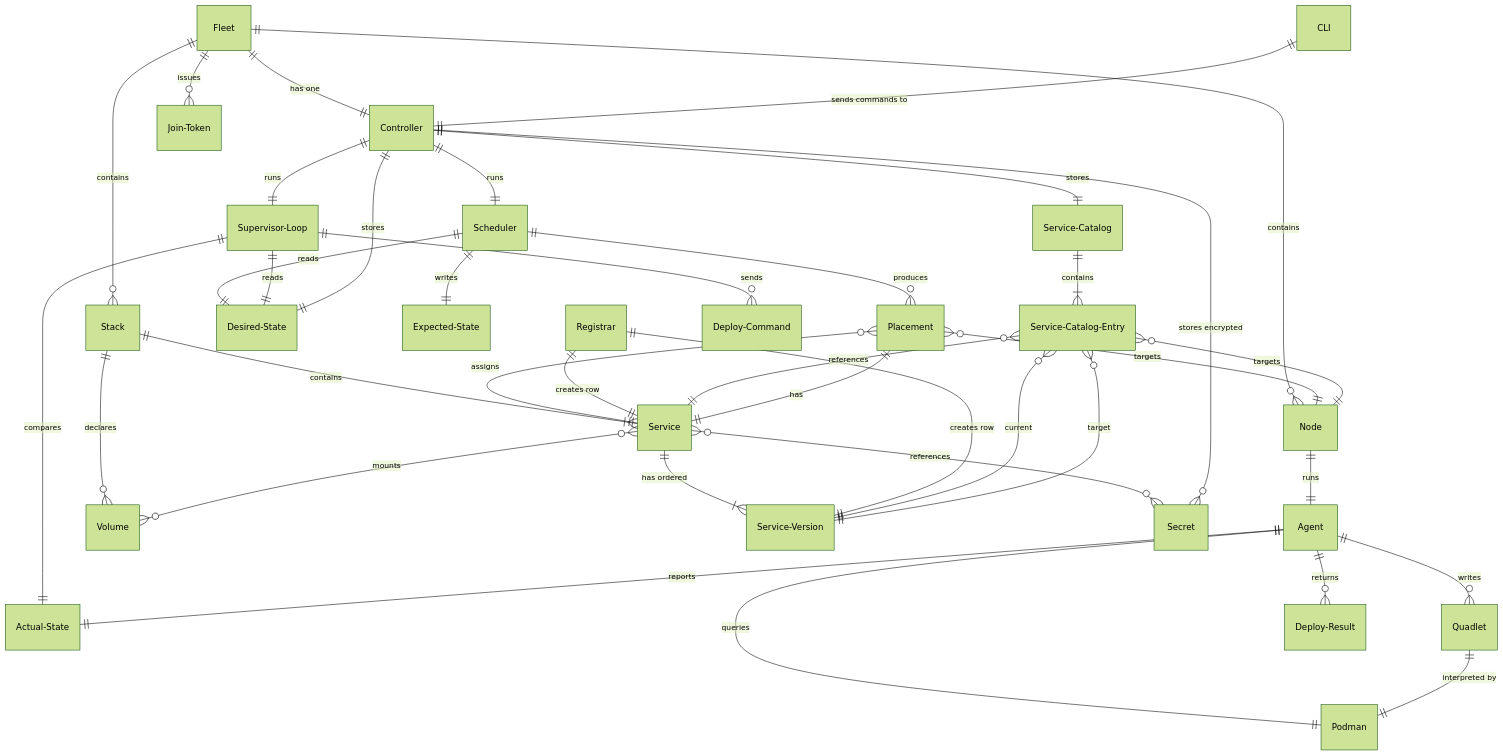
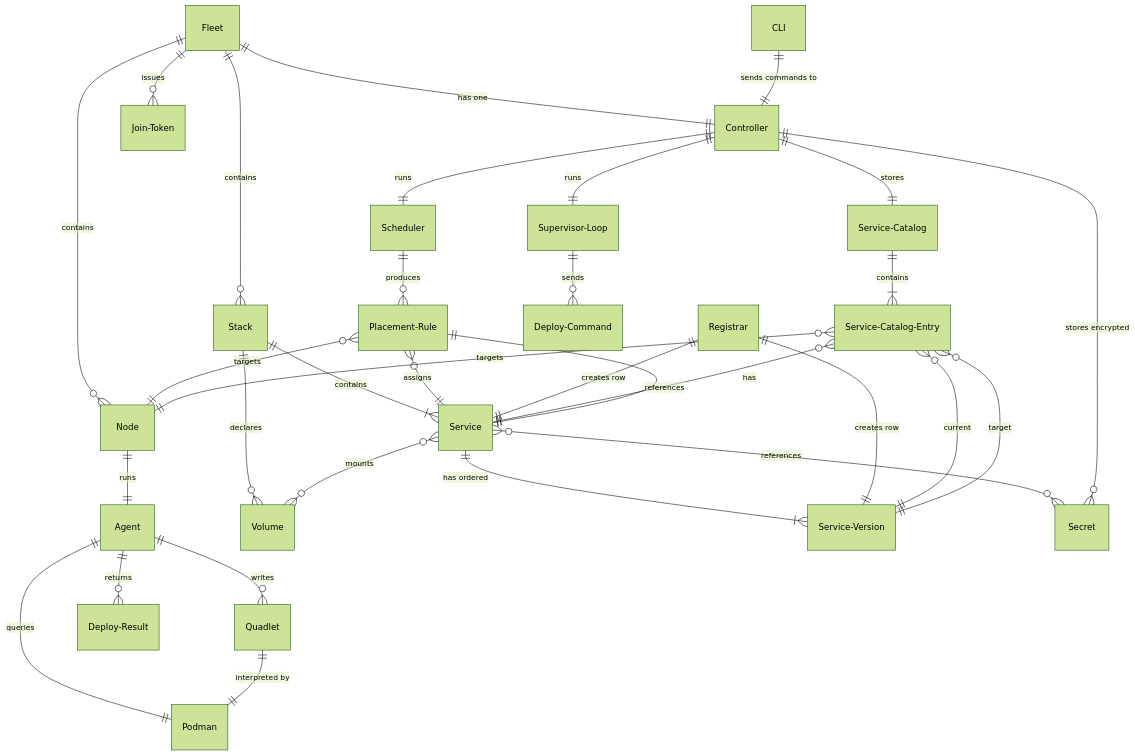
Before and after one commit to podmander/podmander: the diagram in DOMAIN.md, drawn with Mermaid (forest theme). The commit also changed other lines of this file, not shown here.

````diff
--- a/DOMAIN.md
+++ b/DOMAIN.md
@@ -99,55 +99,47 @@
 ```mermaid
 erDiagram
     %% === Infrastructure ===
     Fleet ||--|| Controller : "has one"
     Fleet ||--o{ Node : "contains"
     Fleet ||--o{ Join-Token : "issues"
     Fleet ||--o{ Stack : "contains"
     Controller ||--|| Scheduler : "runs"
     Controller ||--|| Supervisor-Loop : "runs"
     Node ||--|| Agent : "runs"
 
     %% === Workload definitions ===
     Stack ||--|{ Service : "contains"
     Stack ||--o{ Volume : "declares"
     Service ||--|{ Service-Version : "has ordered"
     Service }o--o{ Volume : "mounts"
     Service }o--o{ Secret : "references"
-    Service ||--|| Placement : "has"
+    Service ||--|| Placement-Rule : "has"
 
     %% === Operator interface ===
     CLI ||--|| Controller : "sends commands to"
 
     %% === Scheduling & state flow ===
-    Scheduler ||--o{ Placement : "produces"
-    Scheduler ||--|| Desired-State : "reads"
-    Scheduler ||--|| Expected-State : "writes"
-    Placement }o--|| Node : "targets"
-    Placement }o--|| Service : "assigns"
-
-    %% === Reconciliation ===
-    Supervisor-Loop ||--|| Desired-State : "reads"
-    Supervisor-Loop ||--|| Actual-State : "compares"
-    Agent ||--|| Actual-State : "reports"
+    Scheduler ||--o{ Placement-Rule : "produces"
+    Placement-Rule }o--|| Node : "targets"
+    Placement-Rule }o--|| Service : "assigns"
 
     %% === Agent execution boundary ===
     Agent ||--o{ Quadlet : "writes"
     Agent ||--|| Podman : "queries"
     Quadlet ||--|| Podman : "interpreted by"
 
     %% === State storage ===
-    Controller ||--|| Desired-State : "stores"
     Controller ||--o{ Secret : "stores encrypted"
 
     %% === Pipeline & protocol ===
     Registrar ||--|| Service : "creates row"
     Registrar ||--|| Service-Version : "creates row"
     Supervisor-Loop ||--o{ Deploy-Command : "sends"
     Agent ||--o{ Deploy-Result : "returns"
     Controller ||--|| Service-Catalog : "stores"
     Service-Catalog ||--|{ Service-Catalog-Entry : "contains"
     Service-Catalog-Entry }o--|| Service : "references"
     Service-Catalog-Entry }o--|| Node : "targets"
     Service-Catalog-Entry }o--|| Service-Version : "current"
     Service-Catalog-Entry }o--|| Service-Version : "target"
 ```
````
